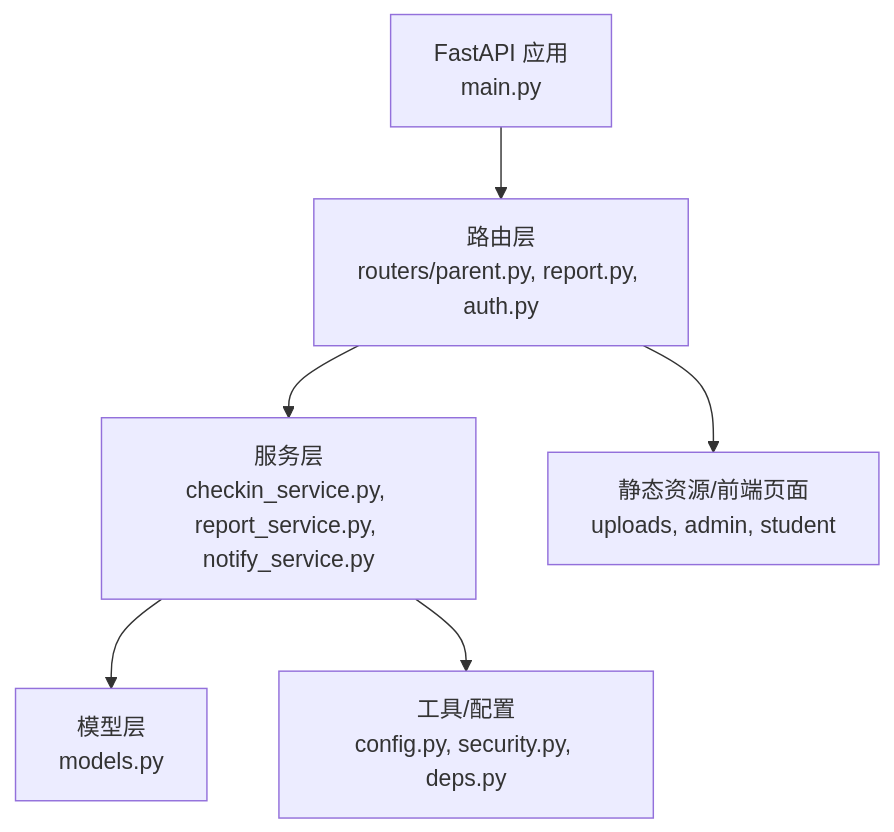
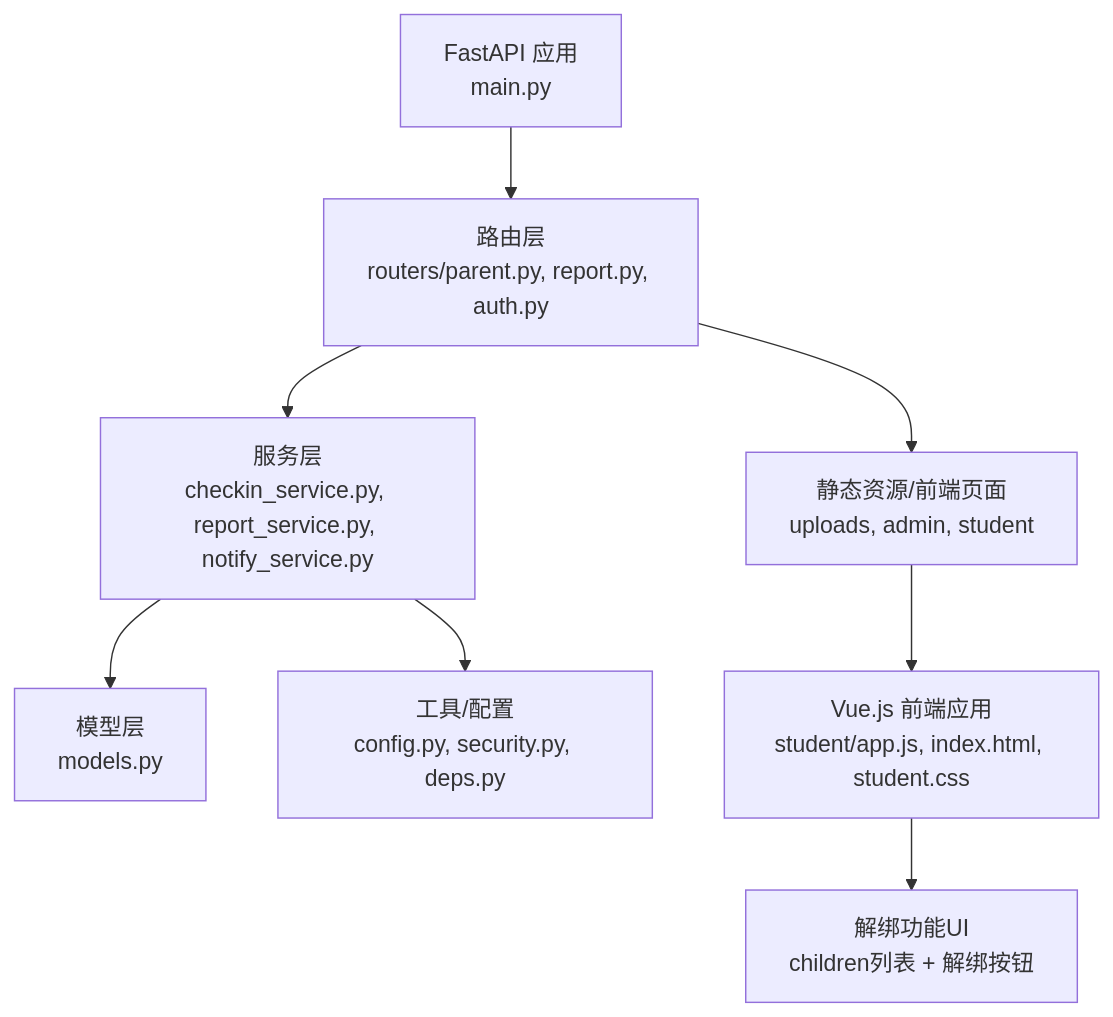
One commit to onebody/homework changed the first of 8 diagrams in .qoder/repowiki/zh/content/暑假作业打卡系统/核心业务功能/家长监督功能.md. Above: the diagram before and after it, drawn with Mermaid. The commit also changed other lines of this file and 10 other files, not shown here.

````diff
--- a/.qoder/repowiki/zh/content/暑假作业打卡系统/核心业务功能/家长监督功能.md
+++ b/.qoder/repowiki/zh/content/暑假作业打卡系统/核心业务功能/家长监督功能.md
@@ -44,8 +56,10 @@
 ```mermaid
 graph TB
 A["FastAPI 应用<br/>main.py"] --> B["路由层<br/>routers/parent.py, report.py, auth.py"]
 B --> C["服务层<br/>checkin_service.py, report_service.py, notify_service.py"]
 C --> D["模型层<br/>models.py"]
 C --> E["工具/配置<br/>config.py, security.py, deps.py"]
 B --> F["静态资源/前端页面<br/>uploads, admin, student"]
+F --> G["Vue.js 前端应用<br/>student/app.js, index.html, student.css"]
+G --> H["解绑功能UI<br/>children列表 + 解绑按钮"]
 ```
````
